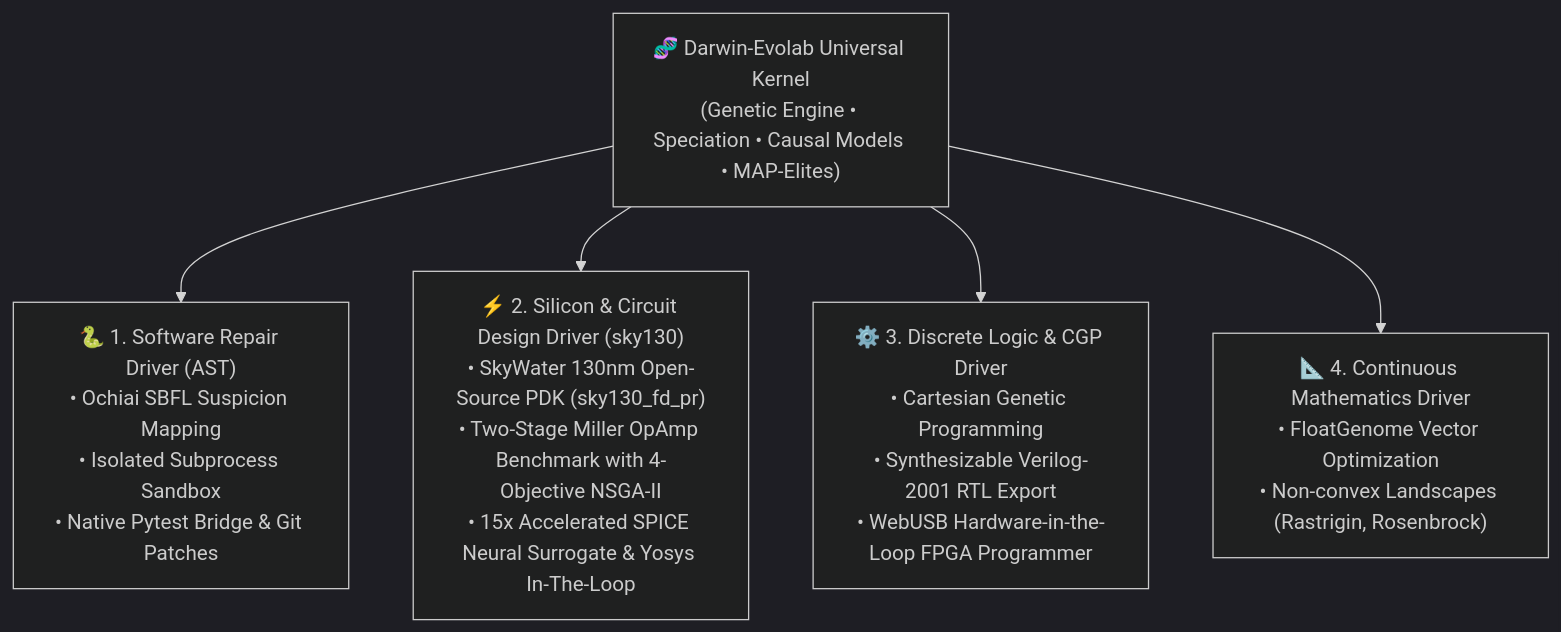
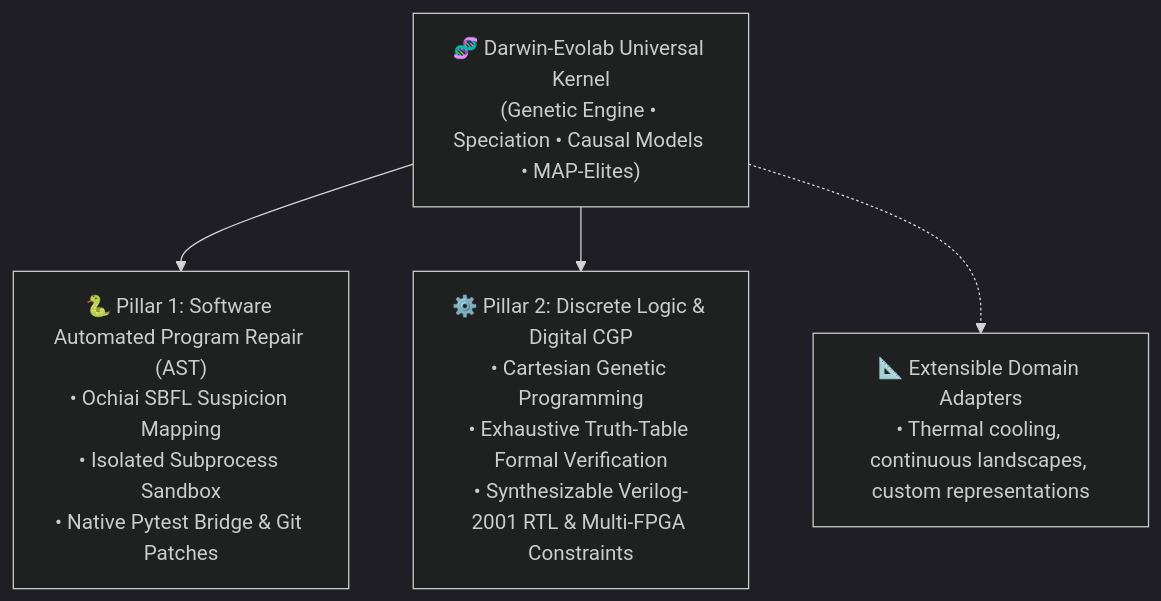
Before and after one commit to bio-colab/darwin-evolab: the diagram in README.md, drawn with Mermaid (dark theme). The commit also changed other lines of this file and 11 other files, not shown here.

Commit message:
chore(governance): freeze exploratory tracks, relocate genesis_bridge, and refocus README on Pillar 1 and Pillar 2

````diff
--- a/README.md
+++ b/README.md
@@ -25,12 +25,10 @@
 ```mermaid
 graph TD
     Kernel["🧬 Darwin-Evolab Universal Kernel<br/>(Genetic Engine • Speciation • Causal Models • MAP-Elites)"]
     
-    Kernel --> Driver1["🐍 1. Software Repair Driver (AST)<br/>• Ochiai SBFL Suspicion Mapping<br/>• Isolated Subprocess Sandbox<br/>• Native Pytest Bridge & Git Patches"]
+    Kernel --> Driver1["🐍 Pillar 1: Software Automated Program Repair (AST)<br/>• Ochiai SBFL Suspicion Mapping<br/>• Isolated Subprocess Sandbox<br/>• Native Pytest Bridge & Git Patches"]
     
-    Kernel --> Driver2["⚡ 2. Silicon & Circuit Design Driver (sky130)<br/>• SkyWater 130nm Open-Source PDK (sky130_fd_pr)<br/>• Two-Stage Miller OpAmp Benchmark with 4-Objective NSGA-II<br/>• 15x Accelerated SPICE Neural Surrogate & Yosys In-The-Loop"]
+    Kernel --> Driver2["⚙️ Pillar 2: Discrete Logic & Digital CGP<br/>• Cartesian Genetic Programming<br/>• Exhaustive Truth-Table Formal Verification<br/>• Synthesizable Verilog-2001 RTL & Multi-FPGA Constraints"]
     
-    Kernel --> Driver3["⚙️ 3. Discrete Logic & CGP Driver<br/>• Cartesian Genetic Programming<br/>• Synthesizable Verilog-2001 RTL Export<br/>• WebUSB Hardware-in-the-Loop FPGA Programmer"]
-    
-    Kernel --> Driver4["📐 4. Continuous Mathematics Driver<br/>• FloatGenome Vector Optimization<br/>• Non-convex Landscapes (Rastrigin, Rosenbrock)"]
+    Kernel -.-> DriverExt["📐 Extensible Domain Adapters<br/>• Thermal cooling, continuous landscapes, custom representations"]
 ```
````
